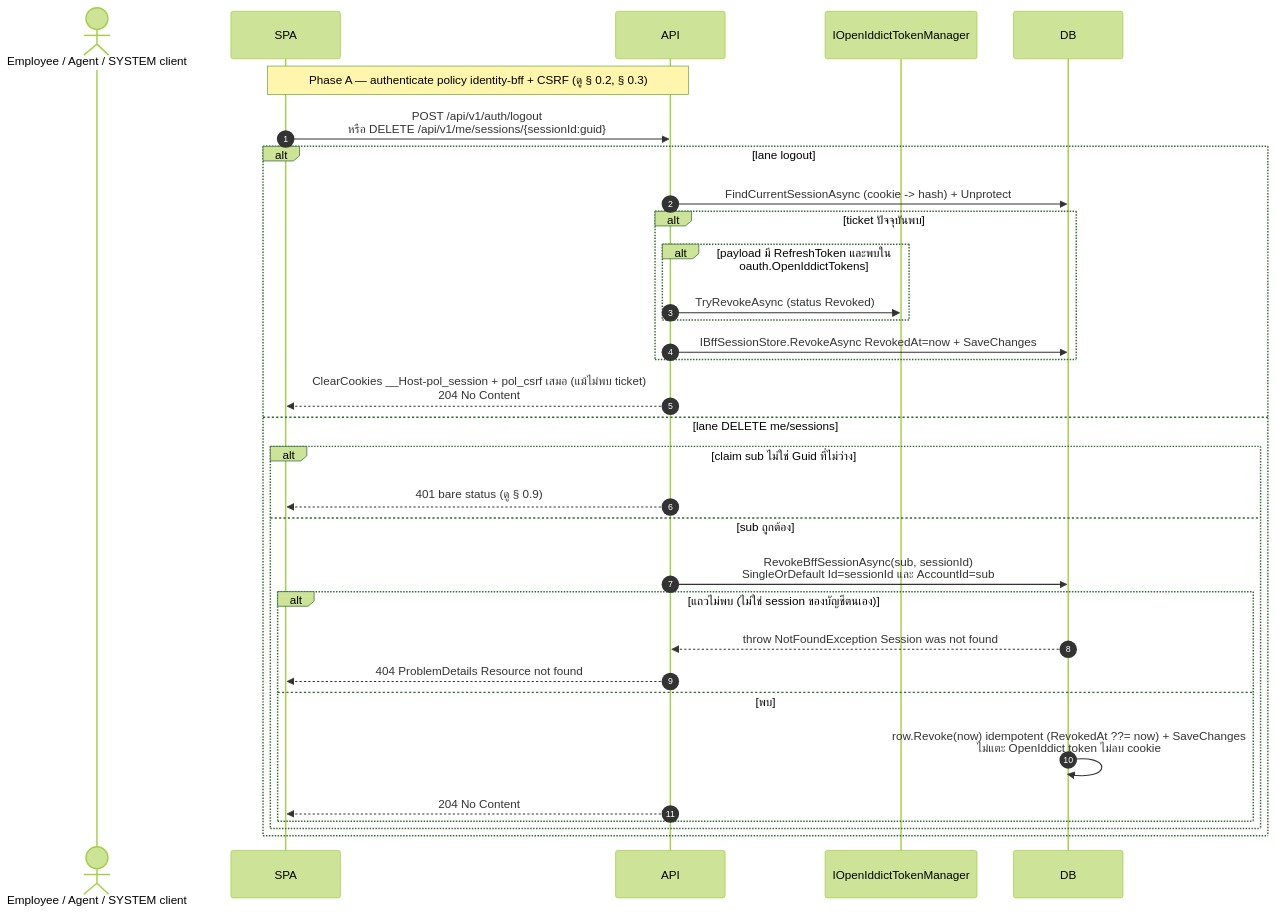
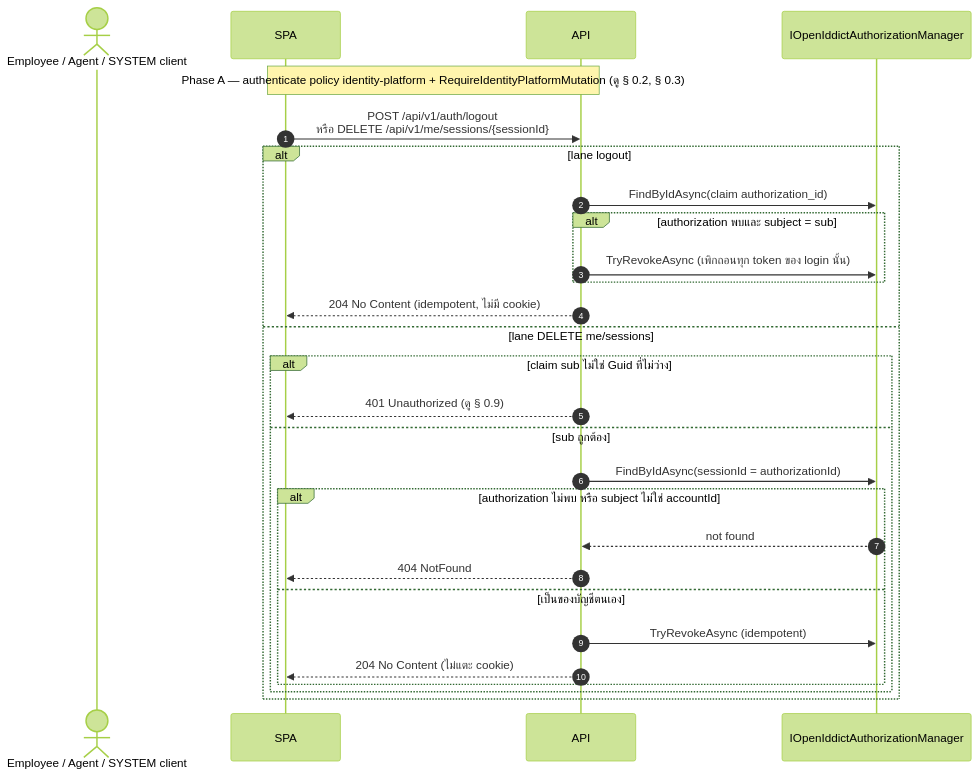
The sixth of 8 diagrams in outputs/diagrams/2026-09-14_api-endpoints_v1/01-identity-bff-oauth.sequences.md (metrodiesign/pol-core), drawn with Mermaid (forest theme) before and after one commit. The commit also changed other lines of this file and 42 other files, not shown here.

First line of the commit message:
docs: align reference docs and the API diagram set with the Bearer-only admin plane

````diff
--- a/outputs/diagrams/2026-09-14_api-endpoints_v1/01-identity-bff-oauth.sequences.md
+++ b/outputs/diagrams/2026-09-14_api-endpoints_v1/01-identity-bff-oauth.sequences.md
@@ -338,35 +269,31 @@
 ```mermaid
 sequenceDiagram
     autonumber
     actor U as Employee / Agent / SYSTEM client
     participant Client as SPA
     participant API
-    participant TM as IOpenIddictTokenManager
-    participant DB
+    participant AM as IOpenIddictAuthorizationManager
 
-    Note over Client,API: Phase A — authenticate policy identity-bff + CSRF (ดู § 0.2, § 0.3)
-    Client->>API: POST /api/v1/auth/logout<br/>หรือ DELETE /api/v1/me/sessions/{sessionId:guid}
+    Note over Client,API: Phase A — authenticate policy identity-platform + RequireIdentityPlatformMutation (ดู § 0.2, § 0.3)
+    Client->>API: POST /api/v1/auth/logout<br/>หรือ DELETE /api/v1/me/sessions/{sessionId}
     alt lane logout
-        API->>DB: FindCurrentSessionAsync (cookie -> hash) + Unprotect
-        alt ticket ปัจจุบันพบ
-            alt payload มี RefreshToken และพบใน oauth.OpenIddictTokens
-                API->>TM: TryRevokeAsync (status Revoked)
-            end
-            API->>DB: IBffSessionStore.RevokeAsync RevokedAt=now + SaveChanges
+        API->>AM: FindByIdAsync(claim authorization_id)
+        alt authorization พบและ subject = sub
+            API->>AM: TryRevokeAsync (เพิกถอนทุก token ของ login นั้น)
         end
-        API-->>Client: ClearCookies __Host-pol_session + pol_csrf เสมอ (แม้ไม่พบ ticket)<br/>204 No Content
+        API-->>Client: 204 No Content (idempotent, ไม่มี cookie)
     else lane DELETE me/sessions
         alt claim sub ไม่ใช่ Guid ที่ไม่ว่าง
-            API-->>Client: 401 bare status (ดู § 0.9)
+            API-->>Client: 401 Unauthorized (ดู § 0.9)
         else sub ถูกต้อง
-            API->>DB: RevokeBffSessionAsync(sub, sessionId)<br/>SingleOrDefault Id=sessionId และ AccountId=sub
-            alt แถวไม่พบ (ไม่ใช่ session ของบัญชีตนเอง)
-                DB-->>API: throw NotFoundException Session was not found
-                API-->>Client: 404 ProblemDetails Resource not found
-            else พบ
-                DB->>DB: row.Revoke(now) idempotent (RevokedAt ??= now) + SaveChanges<br/>ไม่แตะ OpenIddict token ไม่ลบ cookie
-                API-->>Client: 204 No Content
+            API->>AM: FindByIdAsync(sessionId = authorizationId)
+            alt authorization ไม่พบ หรือ subject ไม่ใช่ accountId
+                AM-->>API: not found
+                API-->>Client: 404 NotFound
+            else เป็นของบัญชีตนเอง
+                API->>AM: TryRevokeAsync (idempotent)
+                API-->>Client: 204 No Content (ไม่แตะ cookie)
             end
         end
     end
 ```
````
